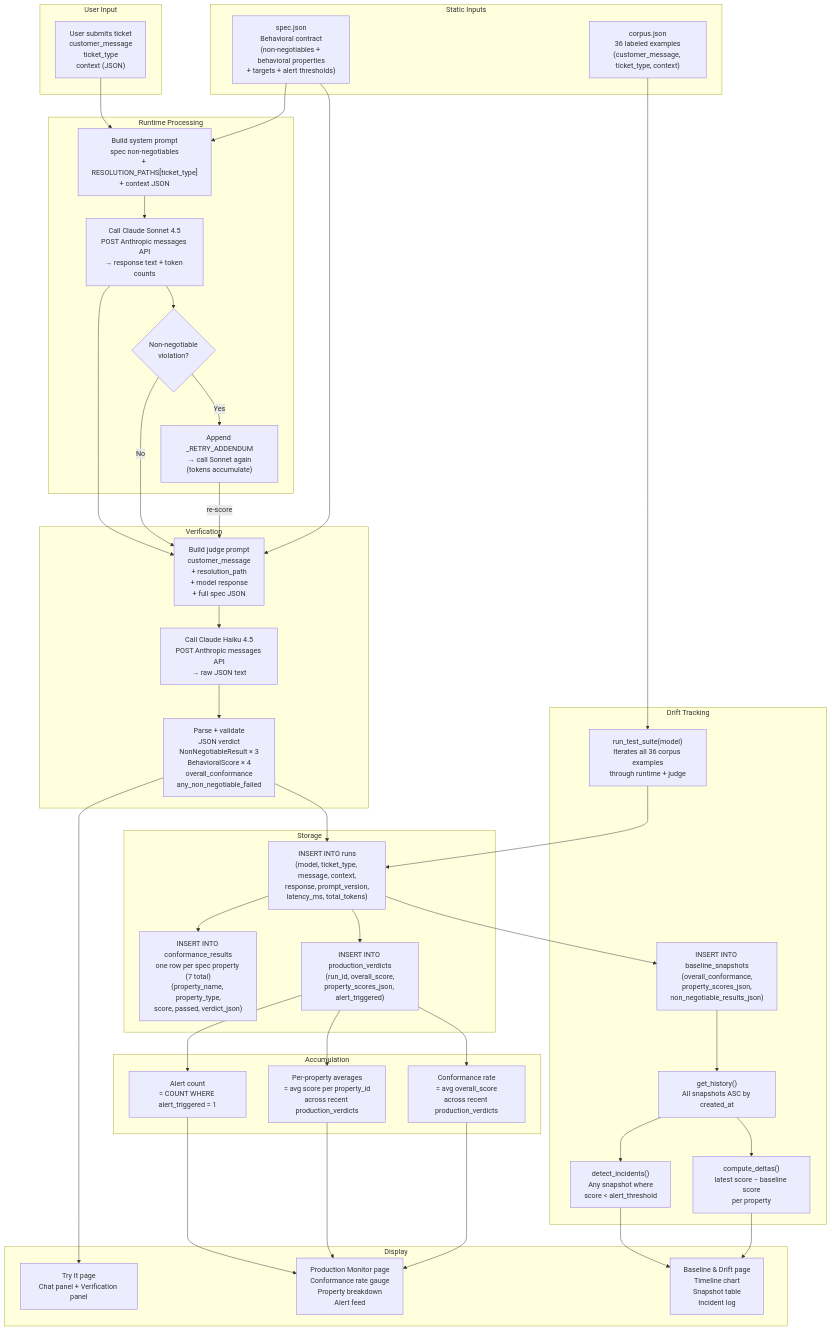
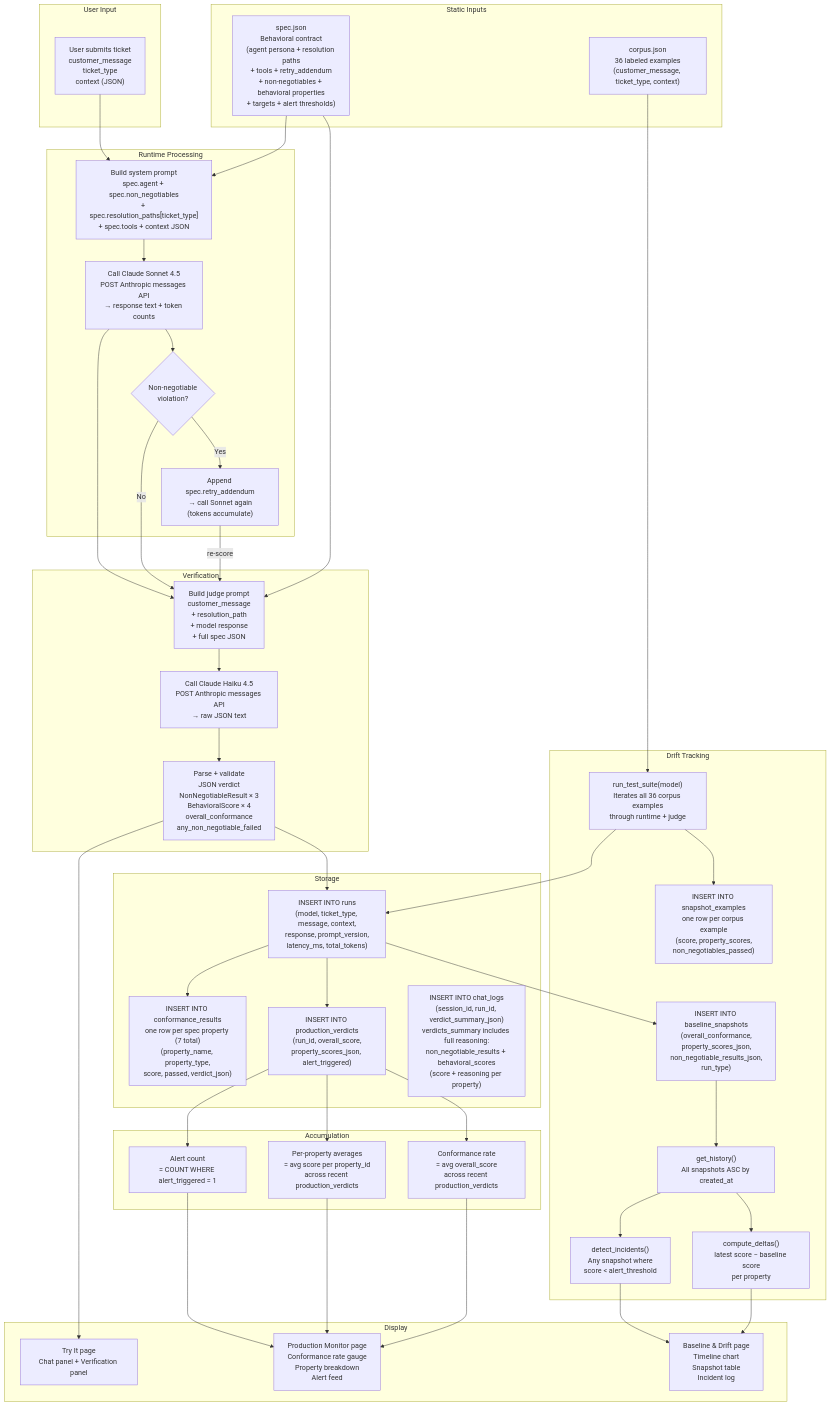
One commit to ad25343/GlassBox changed the diagram in docs/data-flow.md. Above: the diagram before and after it, drawn with Mermaid. The commit also changed other lines of this file and 53 other files, not shown here.

First line of the commit message:
Add chat log drill-down, full judge reasoning, UI hover states, and judge hardening

````diff
--- a/docs/data-flow.md
+++ b/docs/data-flow.md
@@ -9,7 +9,7 @@
 ```mermaid
 graph TD
     subgraph Static Inputs
-        spec["spec.json\nBehavioral contract\n(non-negotiables + behavioral properties\n+ targets + alert thresholds)"]
+        spec["spec.json\nBehavioral contract\n(agent persona + resolution paths\n+ tools + retry_addendum\n+ non-negotiables + behavioral properties\n+ targets + alert thresholds)"]
         corpus["corpus.json\n36 labeled examples\n(customer_message, ticket_type, context)"]
     end
 
@@ -18,10 +18,10 @@
     end
 
     subgraph Runtime Processing
-        build_prompt["Build system prompt\nspec non-negotiables\n+ RESOLUTION_PATHS[ticket_type]\n+ context JSON"]
+        build_prompt["Build system prompt\nspec.agent + spec.non_negotiables\n+ spec.resolution_paths[ticket_type]\n+ spec.tools + context JSON"]
         call_sonnet["Call Claude Sonnet 4.5\nPOST Anthropic messages API\n→ response text + token counts"]
         retry_check{"Non-negotiable\nviolation?"}
-        retry["Append _RETRY_ADDENDUM\n→ call Sonnet again\n(tokens accumulate)"]
+        retry["Append spec.retry_addendum\n→ call Sonnet again\n(tokens accumulate)"]
     end
 
     subgraph Verification
@@ -34,6 +34,7 @@
         insert_run["INSERT INTO runs\n(model, ticket_type, message, context,\nresponse, prompt_version,\nlatency_ms, total_tokens)"]
         insert_conformance["INSERT INTO conformance_results\none row per spec property (7 total)\n(property_name, property_type,\nscore, passed, verdict_json)"]
         insert_verdict["INSERT INTO production_verdicts\n(run_id, overall_score,\nproperty_scores_json, alert_triggered)"]
+        insert_chatlog["INSERT INTO chat_logs\n(session_id, run_id, verdict_summary_json)\nverdicts_summary includes full reasoning:\nnon_negotiable_results + behavioral_scores\n(score + reasoning per property)"]
     end
 
     subgraph Accumulation
@@ -44,7 +45,8 @@
 
     subgraph Drift Tracking
         run_suite["run_test_suite(model)\nIterates all 36 corpus examples\nthrough runtime + judge"]
-        snapshot["INSERT INTO baseline_snapshots\n(overall_conformance,\nproperty_scores_json,\nnon_negotiable_results_json)"]
+        snapshot["INSERT INTO baseline_snapshots\n(overall_conformance,\nproperty_scores_json,\nnon_negotiable_results_json,\nrun_type)"]
+        store_examples["INSERT INTO snapshot_examples\none row per corpus example\n(score, property_scores,\nnon_negotiables_passed)"]
         history["get_history()\nAll snapshots ASC by created_at"]
         deltas["compute_deltas()\nlatest score − baseline score\nper property"]
         incidents["detect_incidents()\nAny snapshot where\nscore < alert_threshold"]
@@ -83,6 +85,7 @@
 
     parse_verdict --> try_it
 
+    run_suite --> store_examples
     run_suite --> insert_run
     insert_run --> snapshot
     snapshot --> history
````
